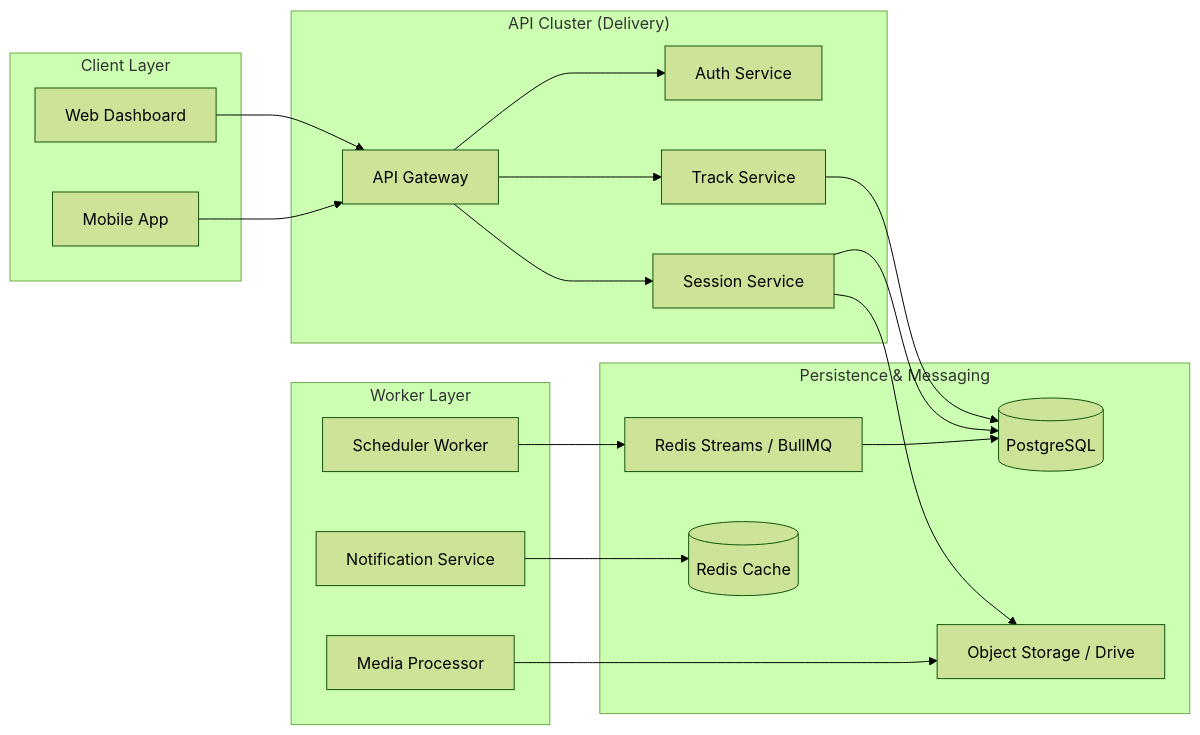
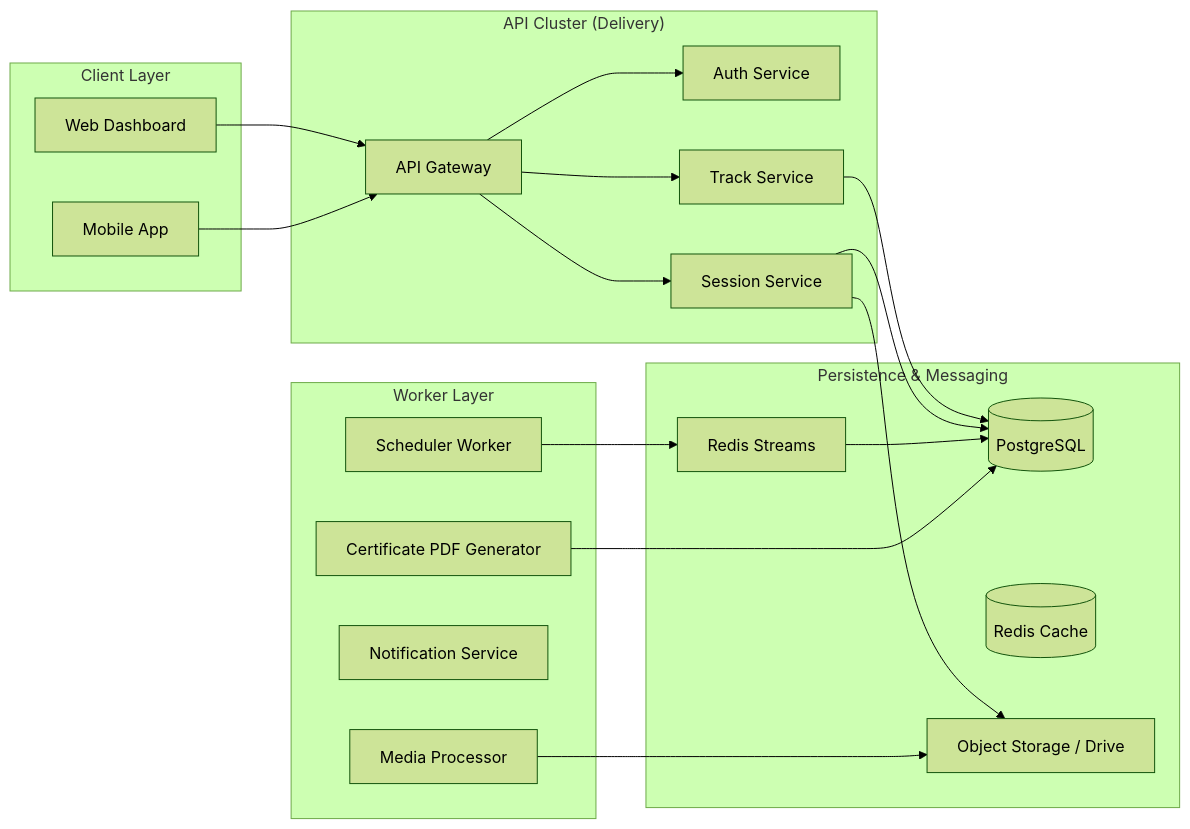
Before and after one commit to MostafaSensei106/GDGoC-Benha-System: the diagram in docs/architecture/clean_architecture.md, drawn with Mermaid (forest theme). The commit also changed other lines of this file and 6 other files, not shown here.

````diff
--- a/docs/architecture/clean_architecture.md
+++ b/docs/architecture/clean_architecture.md
@@ -9,43 +9,44 @@
 ```mermaid
 graph LR
     subgraph Frontend ["Client Layer"]
         Web[Web Dashboard]
         App[Mobile App]
     end
 
     subgraph API_Cluster ["API Cluster (Delivery)"]
         Gate[API Gateway]
         Auth[Auth Service]
         TrackSvc[Track Service]
         SessSvc[Session Service]
     end
 
     subgraph Background_Layer ["Worker Layer"]
         Sched[Scheduler Worker]
         Media[Media Processor]
         Notify[Notification Service]
+        Cert[Certificate PDF Generator]
     end
 
     subgraph Data_Layer ["Persistence & Messaging"]
         DB[(PostgreSQL)]
-        Queue[Redis Streams / BullMQ]
+        Queue[Redis Streams]
         Cache[(Redis Cache)]
         S3[Object Storage / Drive]
     end
 
     %% Interactions
     Web --> Gate
     App --> Gate
     Gate --> Auth
     Gate --> TrackSvc
     Gate --> SessSvc
 
     TrackSvc --> DB
     SessSvc --> DB
     SessSvc --> S3
 
     Sched --> Queue
     Queue --> DB
     Media --> S3
-    Notify --> Cache
+    Cert --> DB
 ```
````
